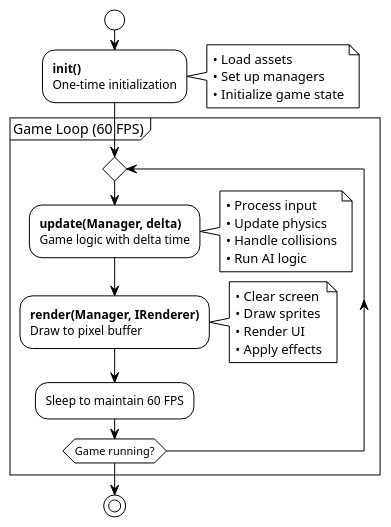
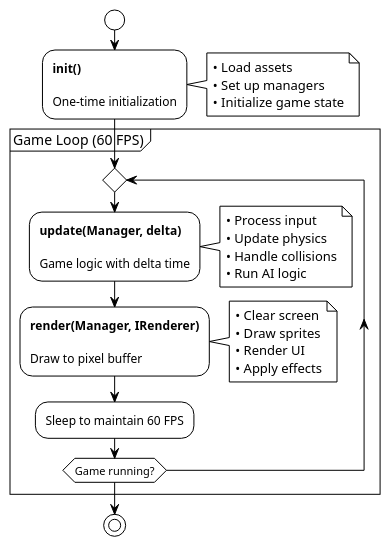
The third of 3 diagrams in content/projects/transmute-core.mdx (nicholasadamou/nicholasadamou.com), drawn with PlantUML before and after one commit. The commit also changed other lines of this file, not shown here.

First line of the commit message:
refactor: replace escaped newlines with standard newlines in TransmuteCore diagrams

````diff
--- a/content/projects/transmute-core.mdx
+++ b/content/projects/transmute-core.mdx
@@ -234,39 +234,39 @@
 ```plantuml
 @startuml Game Loop Lifecycle
 !theme plain
 
 start
 
-:**init()**\nOne-time initialization;
+:**init()**\n\nOne-time initialization;
 note right
   • Load assets
   • Set up managers
   • Initialize game state
 end note
 
 partition "Game Loop (60 FPS)" {
   repeat
-    :**update(Manager, delta)**\nGame logic with delta time;
+:**update(Manager, delta)**\n\nGame logic with delta time;
     note right
       • Process input
       • Update physics
       • Handle collisions
       • Run AI logic
     end note
 
-    :**render(Manager, IRenderer)**\nDraw to pixel buffer;
+:**render(Manager, IRenderer)**\n\nDraw to pixel buffer;
     note right
       • Clear screen
       • Draw sprites
       • Render UI
       • Apply effects
     end note
 
     :Sleep to maintain 60 FPS;
   repeat while (Game running?)
 }
 
 stop
 
 @enduml
 ```
````
